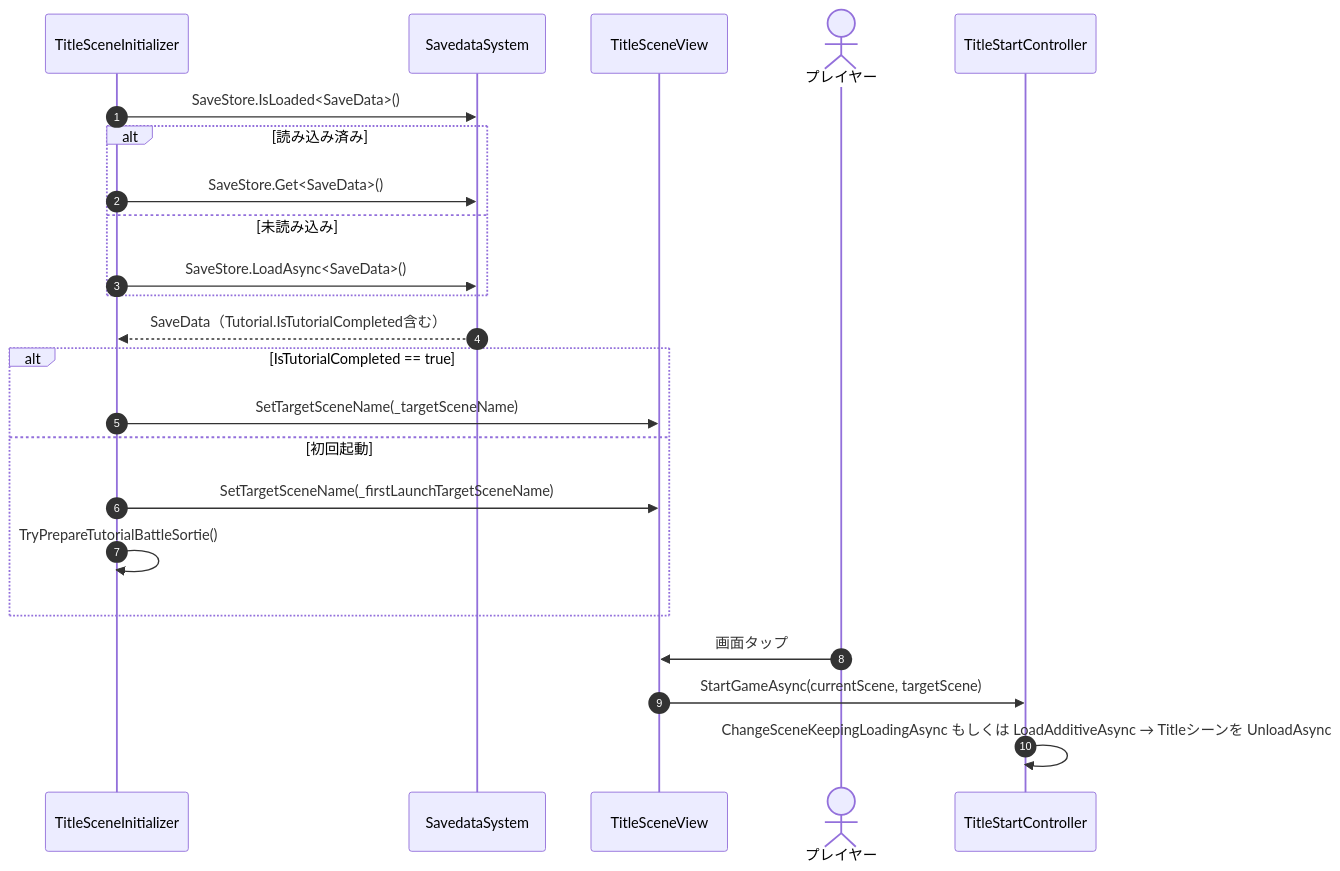
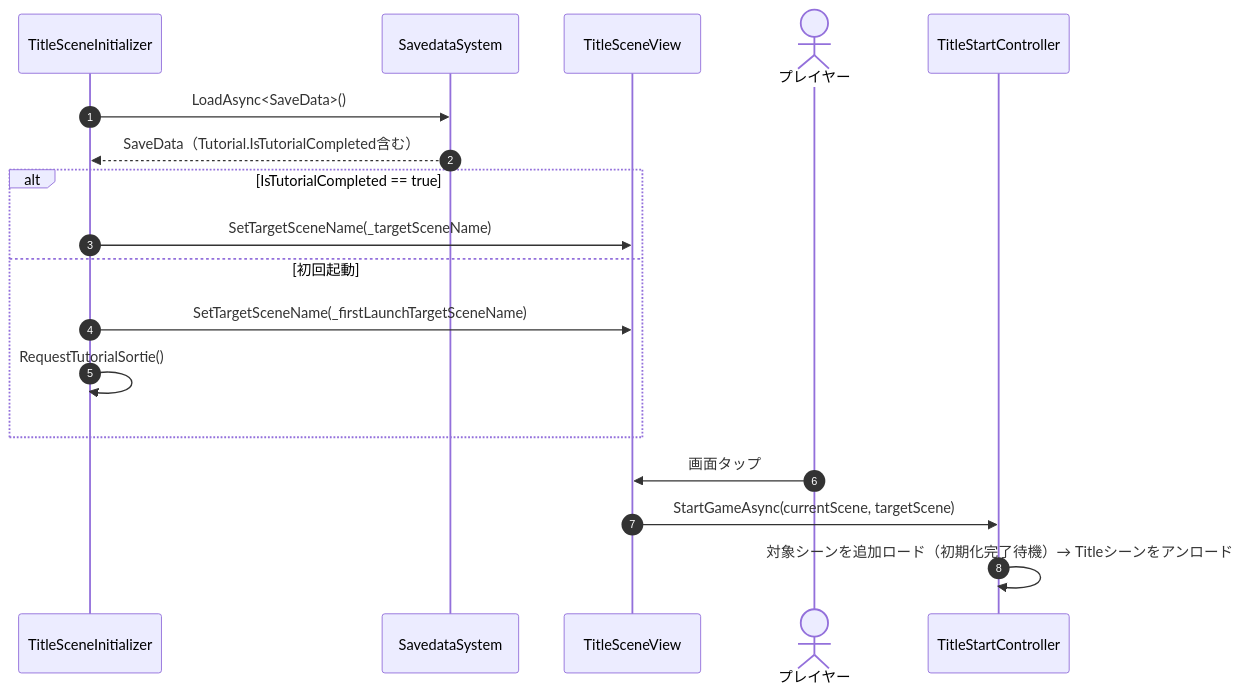
The second of 3 diagrams in Assets/Docs/ScriptsDocs/Modules/NotionModuleDocs/Title.md (HIBIKI5201/SymphonyKillChord), drawn with Mermaid before and after one commit. The commit also changed other lines of this file and 2383 other files, not shown here.

````diff
--- a/Assets/Docs/ScriptsDocs/Modules/NotionModuleDocs/Title.md
+++ b/Assets/Docs/ScriptsDocs/Modules/NotionModuleDocs/Title.md
@@ -129,26 +126,21 @@
 ```mermaid
 sequenceDiagram
     autonumber
     participant Init as TitleSceneInitializer
     participant Save as SavedataSystem
     participant View as TitleSceneView
     actor Player as プレイヤー
     participant StartCtrl as TitleStartController
 
-    Init ->> Save: SaveStore.IsLoaded<SaveData>()
-    alt 読み込み済み
-        Init ->> Save: SaveStore.Get<SaveData>()
-    else 未読み込み
-        Init ->> Save: SaveStore.LoadAsync<SaveData>()
-    end
+    Init ->> Save: LoadAsync<SaveData>()
     Save -->> Init: SaveData（Tutorial.IsTutorialCompleted含む）
     alt IsTutorialCompleted == true
         Init ->> View: SetTargetSceneName(_targetSceneName)
     else 初回起動
         Init ->> View: SetTargetSceneName(_firstLaunchTargetSceneName)
-        Init ->> Init: TryPrepareTutorialBattleSortie()
+        Init ->> Init: RequestTutorialSortie()
     end
     Player ->> View: 画面タップ
     View ->> StartCtrl: StartGameAsync(currentScene, targetScene)
-    StartCtrl ->> StartCtrl: ChangeSceneKeepingLoadingAsync もしくは LoadAdditiveAsync → Titleシーンを UnloadAsync
+    StartCtrl ->> StartCtrl: 対象シーンを追加ロード（初期化完了待機）→ Titleシーンをアンロード
 ```
````
